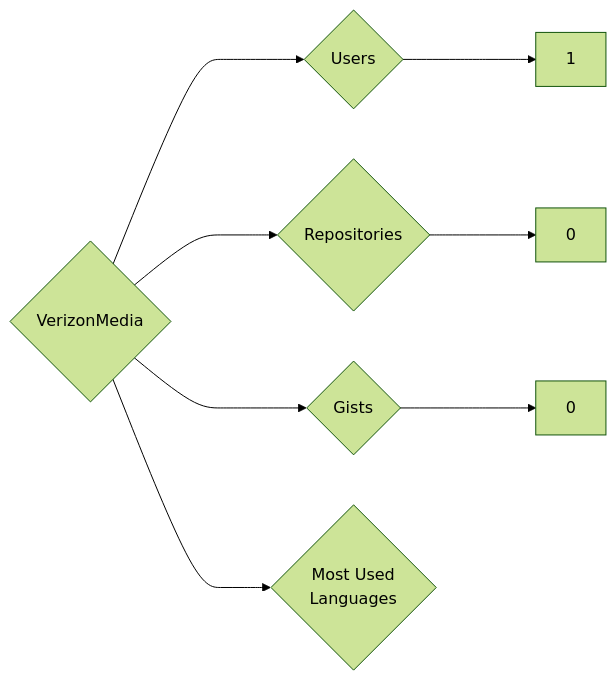
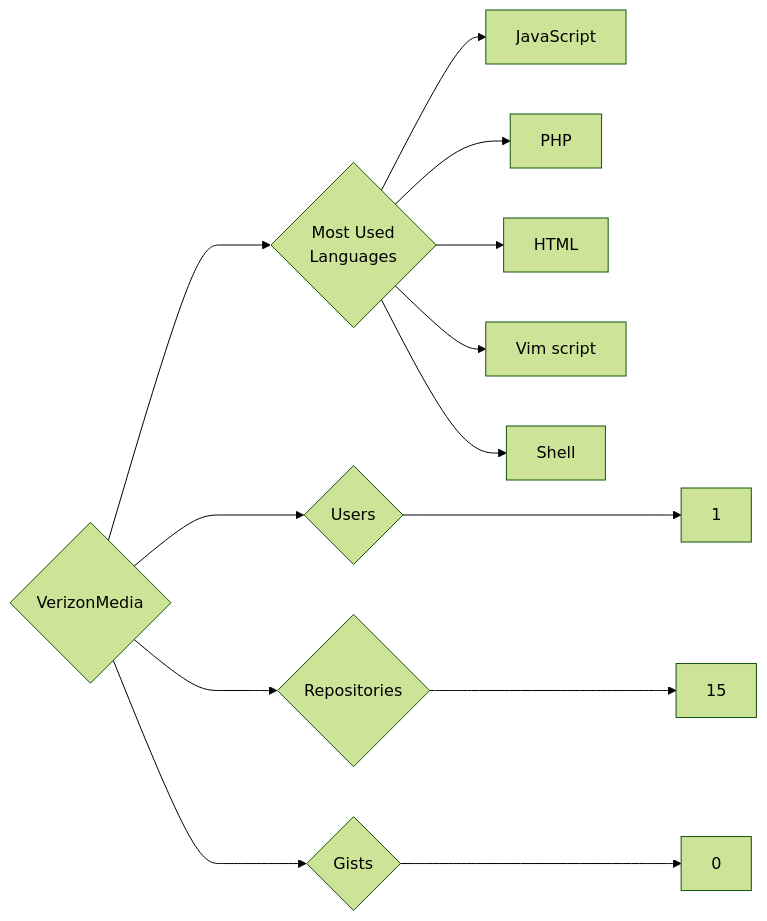
Before and after one commit to trickest/insiders: the diagram in targets/VerizonMedia/README.md, drawn with Mermaid (forest theme). The commit also changed 940 other files, not shown here.

````diff
--- a/targets/VerizonMedia/README.md
+++ b/targets/VerizonMedia/README.md
@@ -3,8 +3,13 @@
 ```mermaid
 graph LR
 COMPANY_NAME{VerizonMedia}
 COMPANY_NAME ---> U{Users} ---> UN[1]
-COMPANY_NAME ---> R{Repositories} ---> RN[0]
+COMPANY_NAME ---> R{Repositories} ---> RN[15]
 COMPANY_NAME ---> G{Gists} ---> GN[0]
 COMPANY_NAME ---> ML{Most Used<br>Languages}
+ML --> JavaScript[JavaScript]
+ML --> PHP[PHP]
+ML --> HTML[HTML]
+ML --> Vim_script[Vim script]
+ML --> Shell[Shell]
 ```
````
